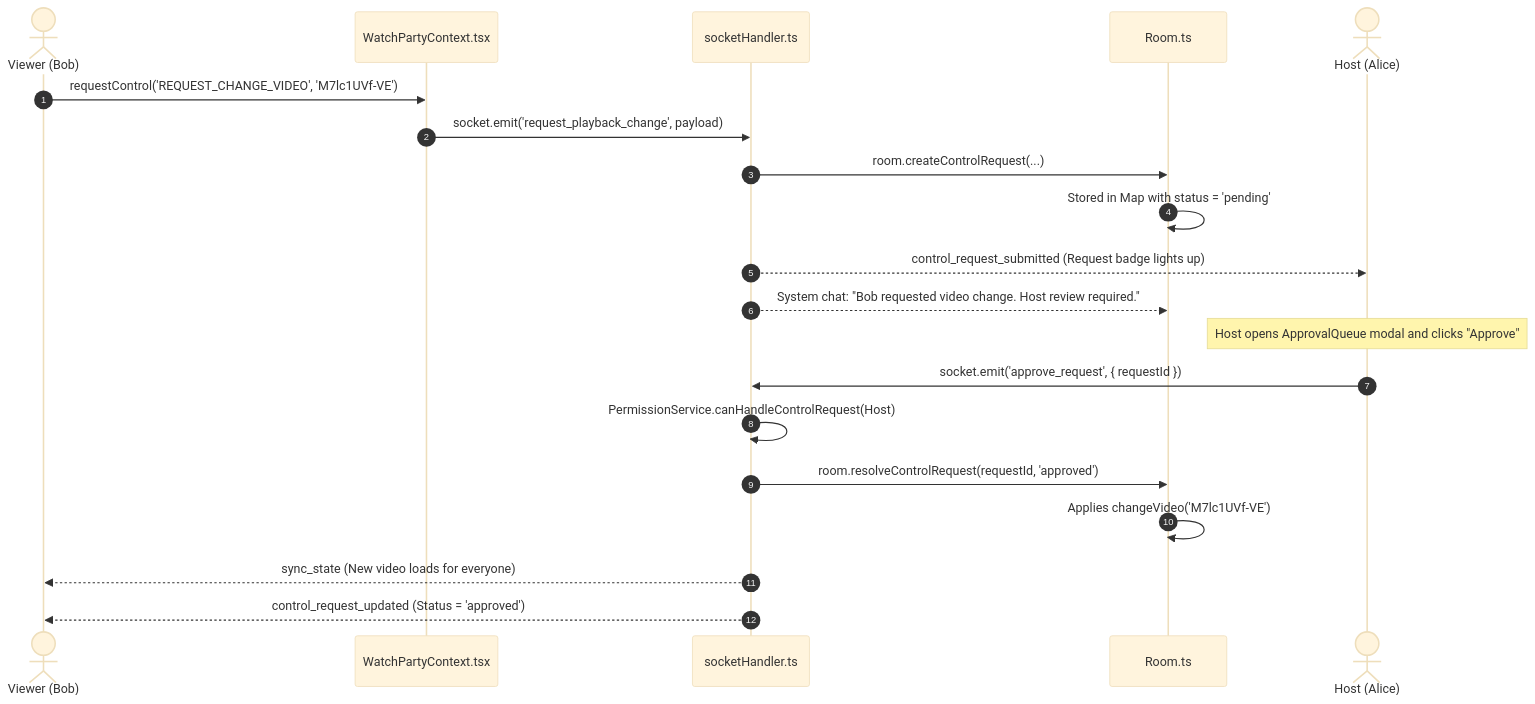
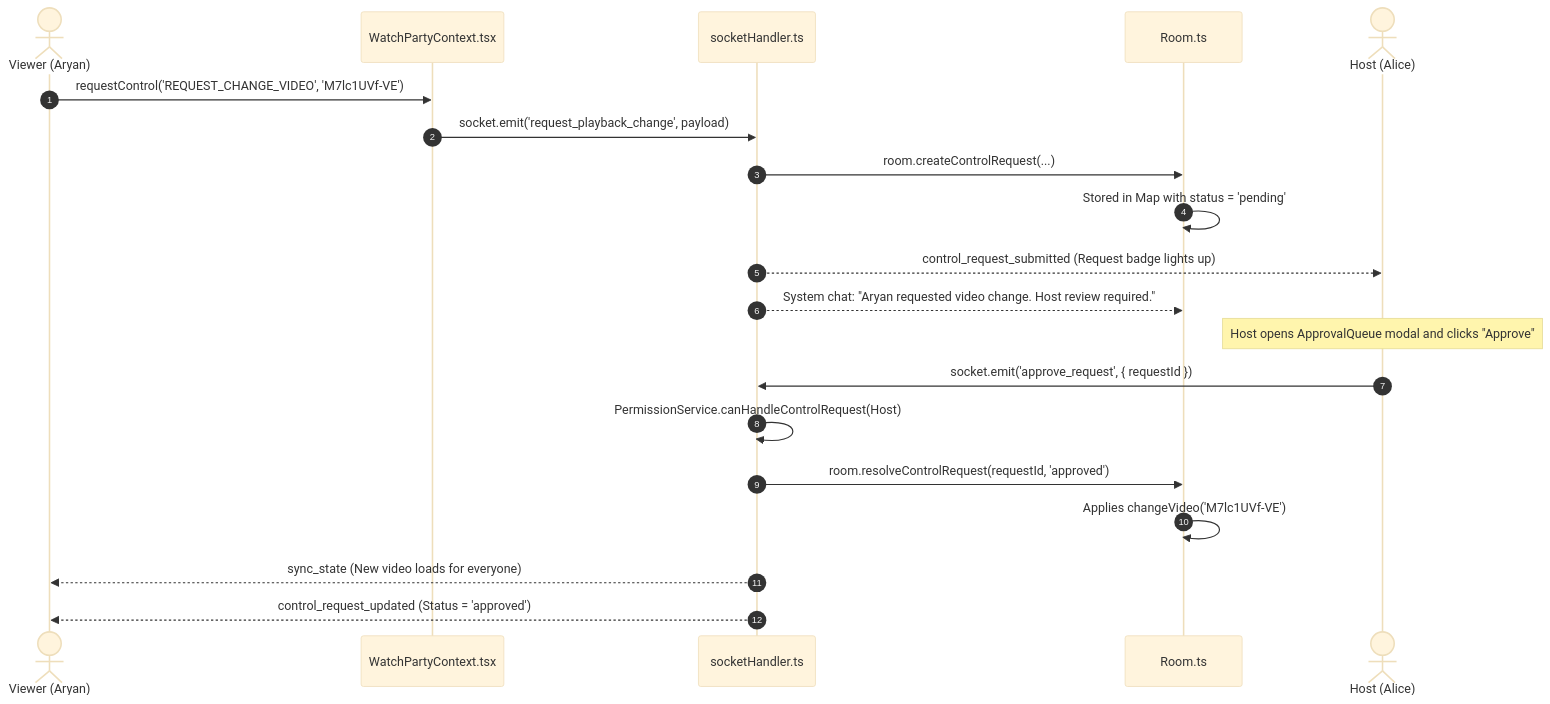
One commit to AryanPatel-AI/syncora changed the fifth of 6 diagrams in docs/CODE_WALKTHROUGH.md. Above: the diagram before and after it, drawn with Mermaid (base theme). The commit also changed other lines of this file and 8 other files, not shown here.

````diff
--- a/docs/CODE_WALKTHROUGH.md
+++ b/docs/CODE_WALKTHROUGH.md
@@ -271,23 +271,23 @@
 ```mermaid
 sequenceDiagram
     autonumber
-    actor Viewer as Viewer (Bob)
+    actor Viewer as Viewer (Aryan)
     participant Context as WatchPartyContext.tsx
     participant Server as socketHandler.ts
     participant Room as Room.ts
     actor Host as Host (Alice)
 
     Viewer->>Context: requestControl('REQUEST_CHANGE_VIDEO', 'M7lc1UVf-VE')
     Context->>Server: socket.emit('request_playback_change', payload)
     Server->>Room: room.createControlRequest(...)
     Room->>Room: Stored in Map with status = 'pending'
     Server-->>Host: control_request_submitted (Request badge lights up)
-    Server-->>Room: System chat: "Bob requested video change. Host review required."
+    Server-->>Room: System chat: "Aryan requested video change. Host review required."
     Note over Host: Host opens ApprovalQueue modal and clicks "Approve"
     Host->>Server: socket.emit('approve_request', { requestId })
     Server->>Server: PermissionService.canHandleControlRequest(Host)
     Server->>Room: room.resolveControlRequest(requestId, 'approved')
     Room->>Room: Applies changeVideo('M7lc1UVf-VE')
     Server-->>Viewer: sync_state (New video loads for everyone)
     Server-->>Viewer: control_request_updated (Status = 'approved')
 ```
````
